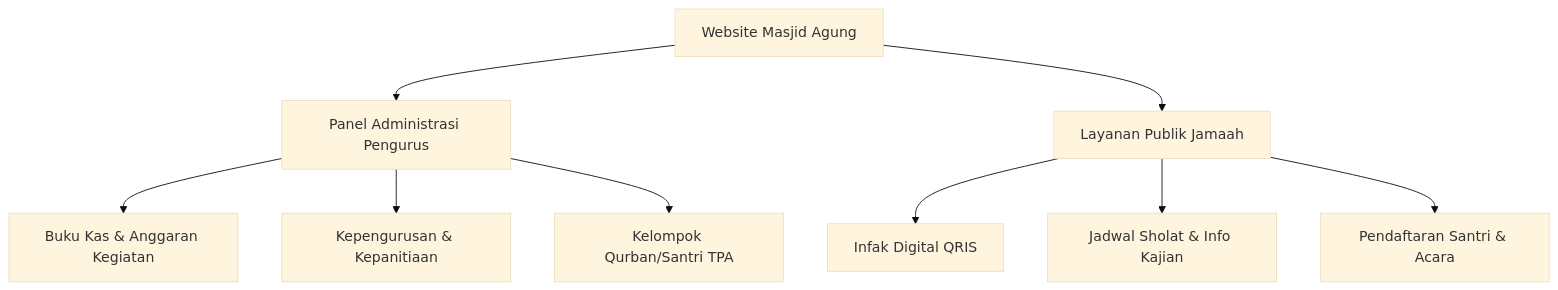
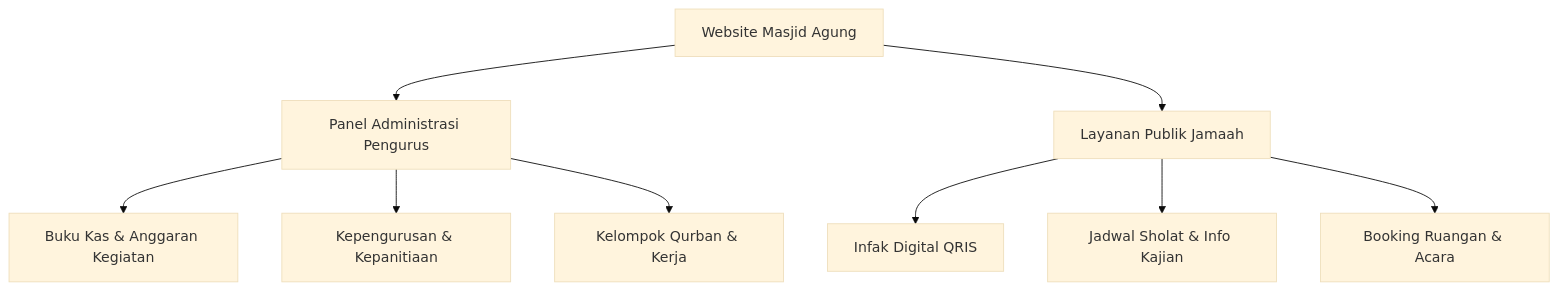
The diagram in docs/business/proposal_digitalisasi_manajemen_masjid_2026.md (cedirusyaid/manajemen-masjid), drawn with Mermaid (base theme) before and after one commit. The commit also changed other lines of this file and 2 other files, not shown here.

Commit message:
260620 - [Changed]: Menghilangkan persoalan TPA dari dokumen proposal md dan slide presentasi HTML

````diff
--- a/docs/business/proposal_digitalisasi_manajemen_masjid_2026.md
+++ b/docs/business/proposal_digitalisasi_manajemen_masjid_2026.md
@@ -31,13 +31,13 @@
 ```mermaid
 graph TD
     System[Website Masjid Agung] --> Admin[Panel Administrasi Pengurus]
     System --> Public[Layanan Publik Jamaah]
     
     Admin --> Keuangan[Buku Kas & Anggaran Kegiatan]
     Admin --> SDM[Kepengurusan & Kepanitiaan]
-    Admin --> Kelompok[Kelompok Qurban/Santri TPA]
+    Admin --> Kelompok[Kelompok Qurban & Kerja]
     
     Public --> Infak[Infak Digital QRIS]
     Public --> Info[Jadwal Sholat & Info Kajian]
-    Public --> Layanan[Pendaftaran Santri & Acara]
+    Public --> Layanan[Booking Ruangan & Acara]
 ```
````
